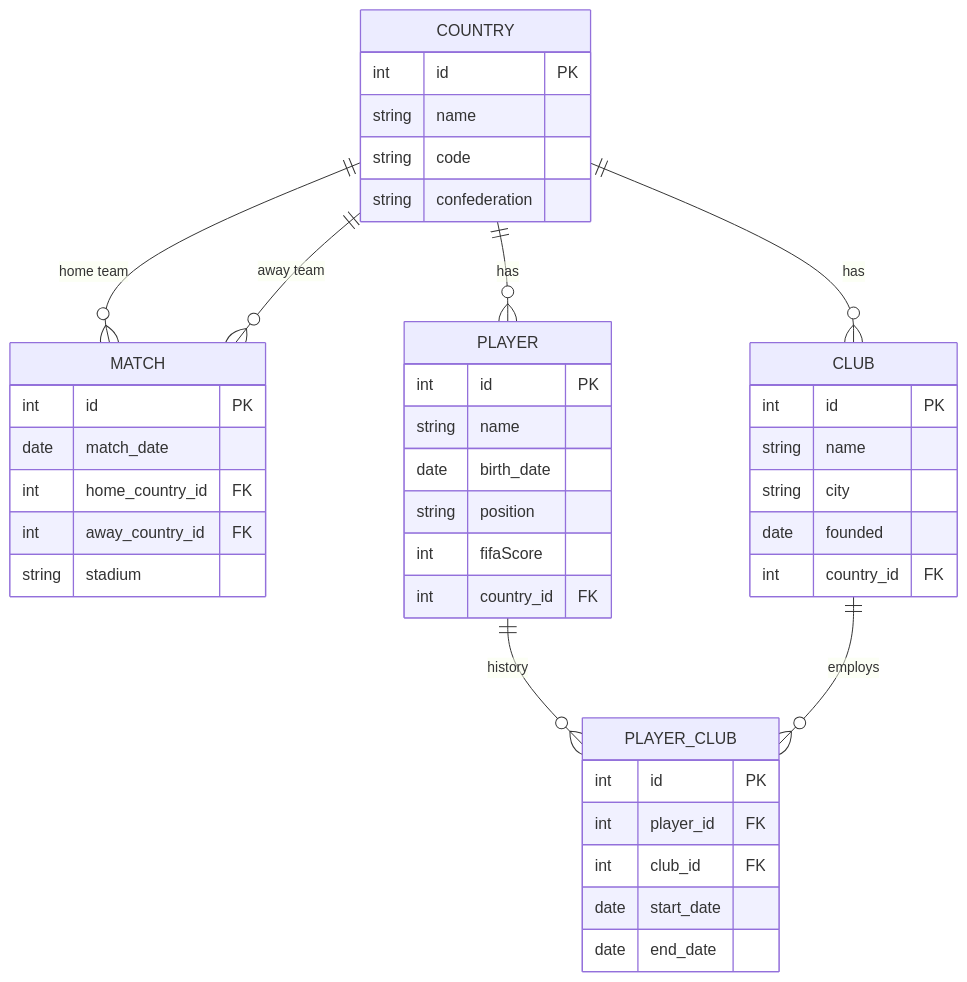
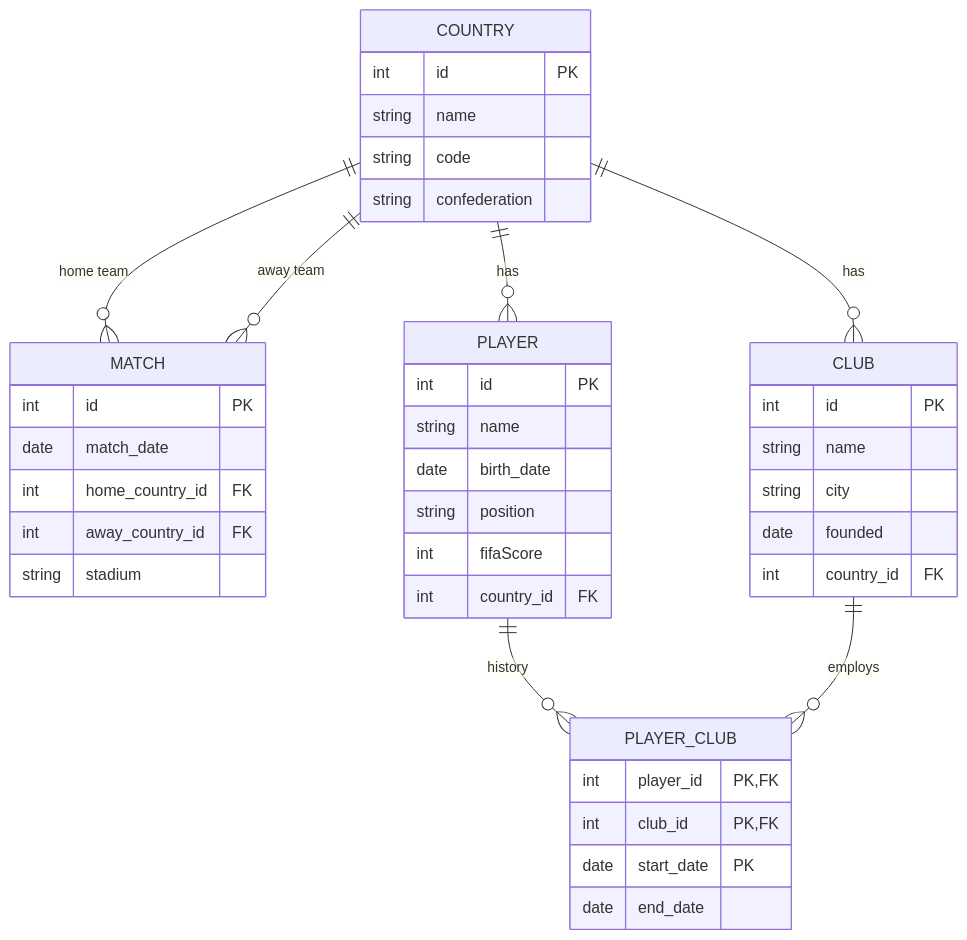
Before and after one commit to Isaac-Chaves-G/repaso-parcial-JPA: the diagram in model.md, drawn with Mermaid. The commit also changed other lines of this file and 18 other files, not shown here.

````diff
--- a/model.md
+++ b/model.md
@@ -3,54 +3,53 @@
 ```mermaid
 erDiagram
 
     MATCH {
         int id PK
         date match_date
         int home_country_id FK
         int away_country_id FK
         string stadium
     }
 
     COUNTRY {
         int id PK
         string name
         string code
         string confederation
     }
 
     PLAYER {
         int id PK
         string name
         date birth_date
         string position
         int fifaScore
         int country_id FK
     }
 
     CLUB {
         int id PK
         string name
         string city
         date founded
         int country_id FK
     }
 
     PLAYER_CLUB {
-        int id PK
-        int player_id FK
-        int club_id FK
-        date start_date
+        int player_id PK, FK
+        int club_id PK, FK
+        date start_date PK
         date end_date
     }
 
     %% Relationships
 
     COUNTRY ||--o{ MATCH : "home team"
     COUNTRY ||--o{ MATCH : "away team"
 
     COUNTRY ||--o{ PLAYER : has
     COUNTRY ||--o{ CLUB : has
 
     PLAYER ||--o{ PLAYER_CLUB : history
     CLUB ||--o{ PLAYER_CLUB : employs
 ```
````
